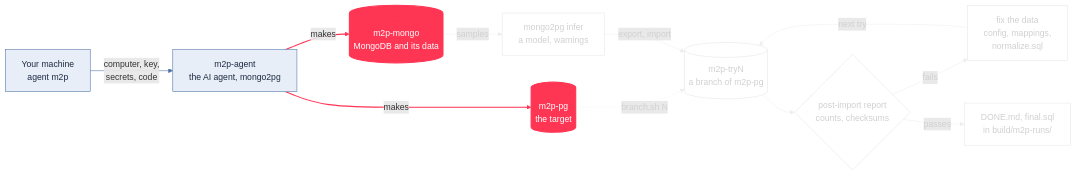
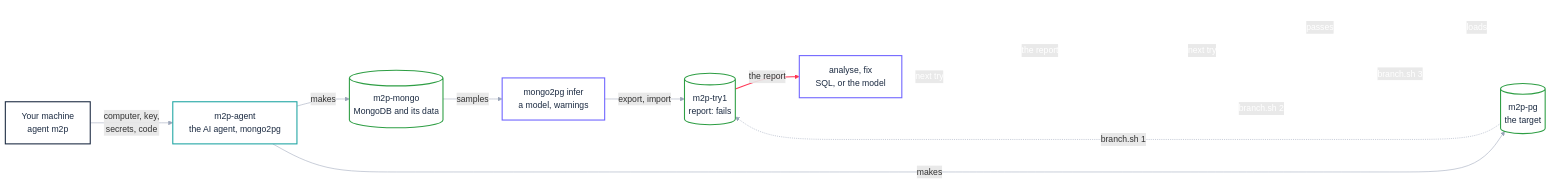
The fifth of 17 diagrams in docs/presentation.md (bertrandcedric/nevia-agent), drawn with Mermaid before and after one commit. The commit also changed other lines of this file and 7 other files, not shown here.

````diff
--- a/docs/presentation.md
+++ b/docs/presentation.md
@@ -170,38 +371,53 @@
 ```mermaid
 flowchart LR
     you["Your machine<br/>agent m2p"]
     agent["m2p-agent<br/>the AI agent, mongo2pg"]
     mongo[("m2p-mongo<br/>MongoDB and its data")]
     pg[("m2p-pg<br/>the target")]
     infer["mongo2pg infer<br/>a model, warnings"]
-    branch[("m2p-tryN<br/>a branch of m2p-pg")]
-    report{"post-import report<br/>counts, checksums"}
-    fix["fix the data<br/>config, mappings,<br/>normalize.sql"]
+    t1[("m2p-try1<br/>report: fails")]
+    f1["analyse, fix<br/>SQL, or the model"]
+    t2[("m2p-try2<br/>report: fails")]
+    f2["analyse, fix<br/>SQL, or the model"]
+    t3[("m2p-try3<br/>report: passes")]
     finish["DONE.md, final.sql<br/>in build/m2p-runs/"]
     you -->|"computer, key,<br/>secrets, code"| agent
     agent -->|"makes"| mongo
     agent -->|"makes"| pg
     mongo -->|"samples"| infer
-    pg -.->|"branch.sh N"| branch
-    infer -->|"export, import"| branch
-    branch --> report
-    report -->|"fails"| fix
-    fix -->|"next try"| branch
-    report -->|"passes"| finish
-    classDef now fill:#ff3554,stroke:#ff3554,color:#fff,stroke-width:2px
-    classDef done fill:#e8eef7,stroke:#4a6fa5,color:#1b2a41
-    classDef todo fill:#fff,stroke:#e6e6e6,color:#d0d0d0
-    class mongo,pg now
-    class you,agent done
-    class infer,branch,report,fix,finish todo
-    linkStyle 0 stroke:#4a6fa5
-    linkStyle 1 stroke:#ff3554,stroke-width:2px
-    linkStyle 2 stroke:#ff3554,stroke-width:2px
-    linkStyle 3 stroke:#eeeeee,color:#d0d0d0
-    linkStyle 4 stroke:#eeeeee,color:#d0d0d0
-    linkStyle 5 stroke:#eeeeee,color:#d0d0d0
-    linkStyle 6 stroke:#eeeeee,color:#d0d0d0
-    linkStyle 7 stroke:#eeeeee,color:#d0d0d0
-    linkStyle 8 stroke:#eeeeee,color:#d0d0d0
-    linkStyle 9 stroke:#eeeeee,color:#d0d0d0
+    infer -->|"export, import"| t1
+    pg -.->|"branch.sh 1"| t1
+    t1 -->|"the report"| f1
+    f1 -->|"next try"| t2
+    pg -.->|"branch.sh 2"| t2
+    t2 -->|"the report"| f2
+    f2 -->|"next try"| t3
+    pg -.->|"branch.sh 3"| t3
+    t3 -->|"passes"| finish
+    finish -->|"loads"| pg
+    classDef kyou fill:#fff,stroke:#1b2a41,color:#1b2a41,stroke-width:2px
+    classDef kcomputer fill:#fff,stroke:#1fa5a3,color:#1b2a41,stroke-width:2px
+    classDef kdb fill:#fff,stroke:#2e9e44,color:#1b2a41,stroke-width:2px
+    classDef kai fill:#fff,stroke:#6f64ff,color:#1b2a41,stroke-width:2px
+    classDef kresult fill:#fff,stroke:#e8833a,color:#1b2a41,stroke-width:2px
+    classDef todo fill:#fff,stroke:#fff,color:#fff
+    class you kyou
+    class agent kcomputer
+    class mongo,pg,t1 kdb
+    class infer,f1 kai
+    class t2,f2,t3,finish todo
+    linkStyle 0 stroke:#9aa5b8
+    linkStyle 1 stroke:#9aa5b8
+    linkStyle 2 stroke:#9aa5b8
+    linkStyle 3 stroke:#9aa5b8
+    linkStyle 4 stroke:#9aa5b8
+    linkStyle 5 stroke:#9aa5b8
+    linkStyle 6 stroke:#ff3554,stroke-width:2px
+    linkStyle 7 stroke:#fff,color:#fff
+    linkStyle 8 stroke:#fff,color:#fff
+    linkStyle 9 stroke:#fff,color:#fff
+    linkStyle 10 stroke:#fff,color:#fff
+    linkStyle 11 stroke:#fff,color:#fff
+    linkStyle 12 stroke:#fff,color:#fff
+    linkStyle 13 stroke:#fff,color:#fff
 ```
````
